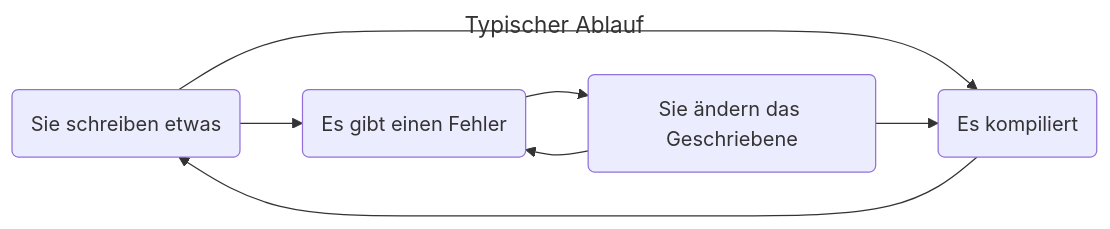
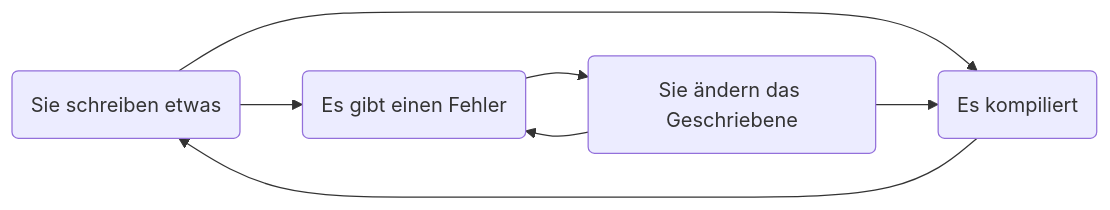
Before and after one commit to FynnFreyer/ProgExtra: the diagram in README.md, drawn with Mermaid.

Commit message:
fix: remove diagram title

````diff
--- a/README.md
+++ b/README.md
@@ -54,17 +54,14 @@
 ```mermaid
----
-title: Typischer Ablauf
----
 flowchart LR
     write(Sie schreiben etwas)
     works(Es kompiliert)
     error(Es gibt einen Fehler)
     change(Sie ändern das Geschriebene)
 
     write --> works
     works --> write
     write --> error
     error --> change
     change --> error
     change --> works
 ```
````
